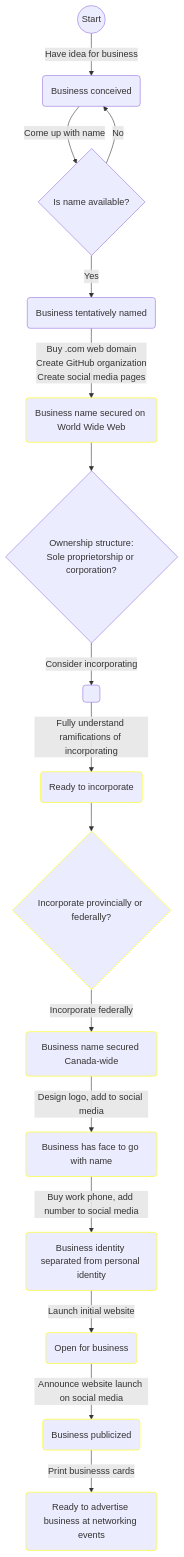
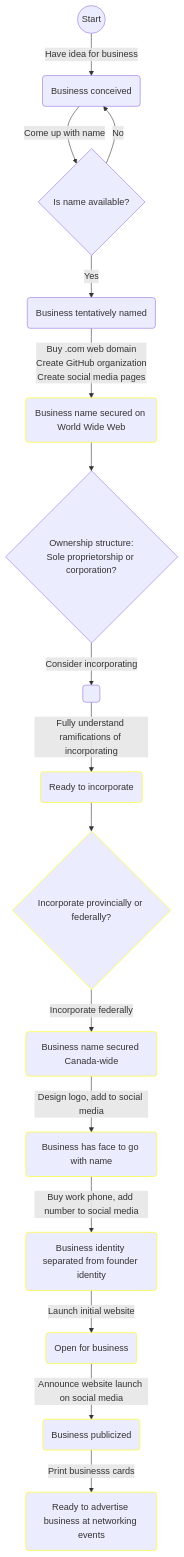
One commit to OttawaNerdCorp/blog changed the diagram in bizdev.md. Above: the diagram before and after it, drawn with Mermaid.

````diff
--- a/bizdev.md
+++ b/bizdev.md
@@ -12,21 +12,21 @@
 ```mermaid
 flowchart TB
     classDef todo stroke:yellow
 
     s0((Start)) -- Have idea for business --> s1(Business conceived)
     s1 -- Come up with name --> d1
     d1{Is name available?}
     d1 -- No --> s1
     d1 -- Yes --> s2(Business tentatively named)
     s2 -- Buy .com web domain<br>Create GitHub organization<br>Create social media pages --> s3(Business name secured on World Wide Web):::todo
     s3 --> d2{Ownership structure:<br>Sole proprietorship or corporation?}
     d2 -- Consider incorporating --> s5( )
     s5 -- Fully understand ramifications of incorporating --> s6(Ready to incorporate):::todo
     s6 --> d3{Incorporate provincially or federally?}:::todo
     d3 -- Incorporate federally --> s7(Business name secured Canada-wide):::todo
     s7 -- Design logo, add to social media --> s8(Business has face to go with name):::todo
-    s8 -- Buy work phone, add number to social media --> s9(Business identity separated from personal identity):::todo
+    s8 -- Buy work phone, add number to social media --> s9(Business identity separated from founder identity):::todo
     s9 -- Launch initial website --> s10(Open for business):::todo
     s10 -- Announce website launch on social media --> s11(Business publicized):::todo
     s11 -- Print businesss cards --> s13(Ready to advertise business at networking events):::todo
 ```
````
